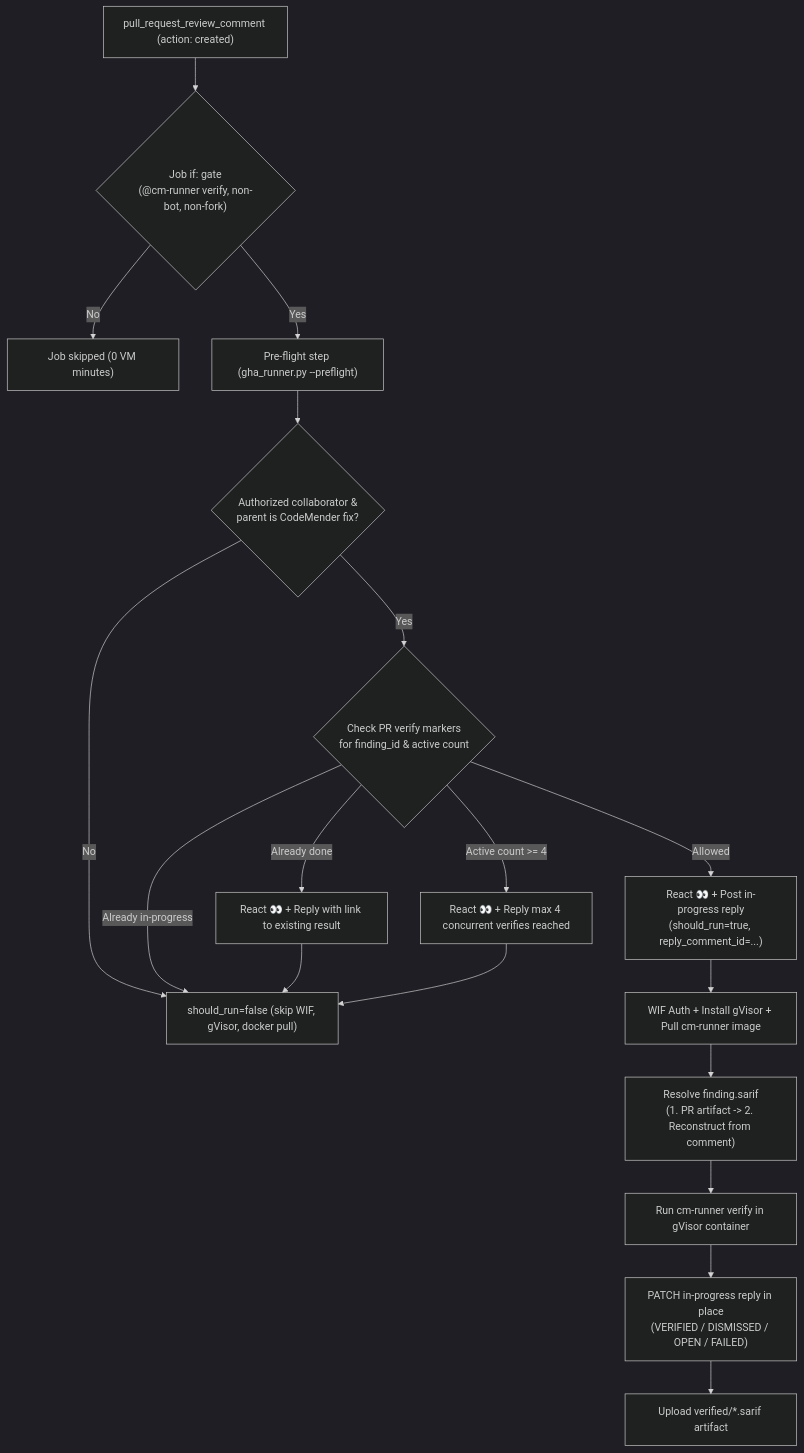
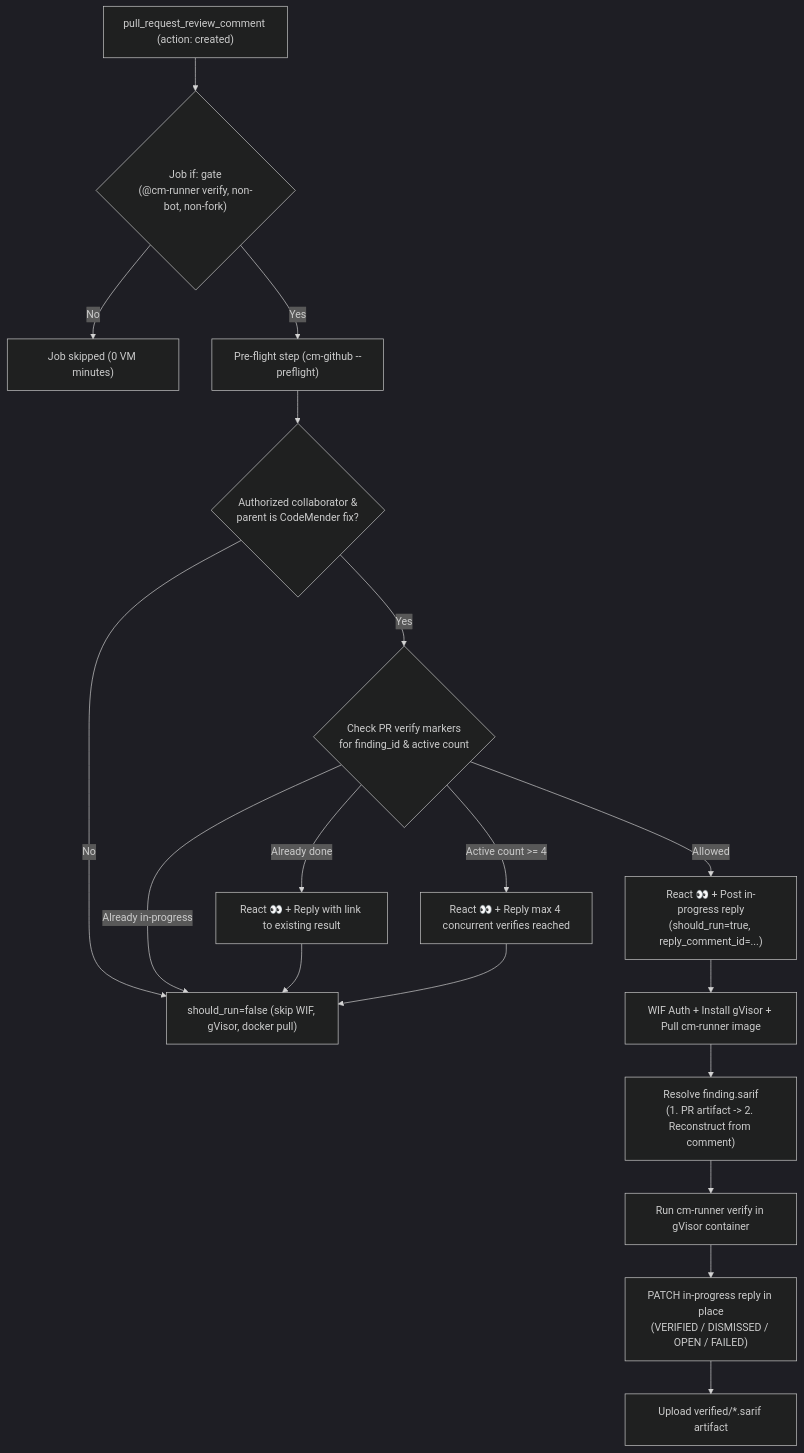
One commit to avnit/codemender-runner-mcp changed the diagram in docs/openspec/specs/github-actions-verify/design.md. Above: the diagram before and after it, drawn with Mermaid (dark theme). The commit also changed other lines of this file and 24 other files, not shown here.

````diff
--- a/docs/openspec/specs/github-actions-verify/design.md
+++ b/docs/openspec/specs/github-actions-verify/design.md
@@ -174,18 +174,18 @@
 ```mermaid
 flowchart TD
     A["pull_request_review_comment (action: created)"] --> B{"Job if: gate\n(@cm-runner verify, non-bot, non-fork)"}
     B -->|"No"| Z["Job skipped (0 VM minutes)"]
-    B -->|"Yes"| C["Pre-flight step (gha_runner.py --preflight)"]
+    B -->|"Yes"| C["Pre-flight step (cm-github --preflight)"]
     C --> D{"Authorized collaborator &\nparent is CodeMender fix?"}
     D -->|"No"| E["should_run=false (skip WIF, gVisor, docker pull)"]
     D -->|"Yes"| F{"Check PR verify markers\nfor finding_id & active count"}
     F -->|"Already in-progress"| E
     F -->|"Already done"| G["React 👀 + Reply with link to existing result"] --> E
     F -->|"Active count >= 4"| H["React 👀 + Reply max 4 concurrent verifies reached"] --> E
     F -->|"Allowed"| I["React 👀 + Post in-progress reply\n(should_run=true, reply_comment_id=...)"]
     I --> J["WIF Auth + Install gVisor + Pull cm-runner image"]
     J --> K["Resolve finding.sarif\n(1. PR artifact -> 2. Reconstruct from comment)"]
     K --> L["Run cm-runner verify in gVisor container"]
     L --> M["PATCH in-progress reply in place\n(VERIFIED / DISMISSED / OPEN / FAILED)"]
     M --> N["Upload verified/*.sarif artifact"]
 ```
````
